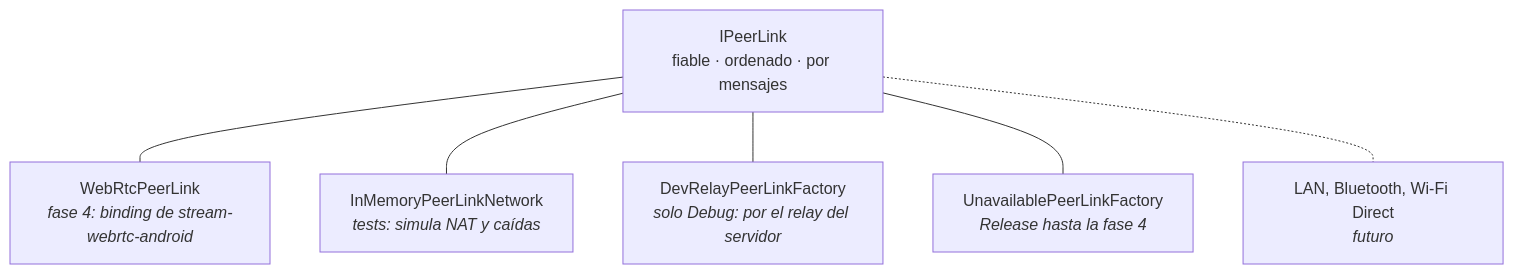
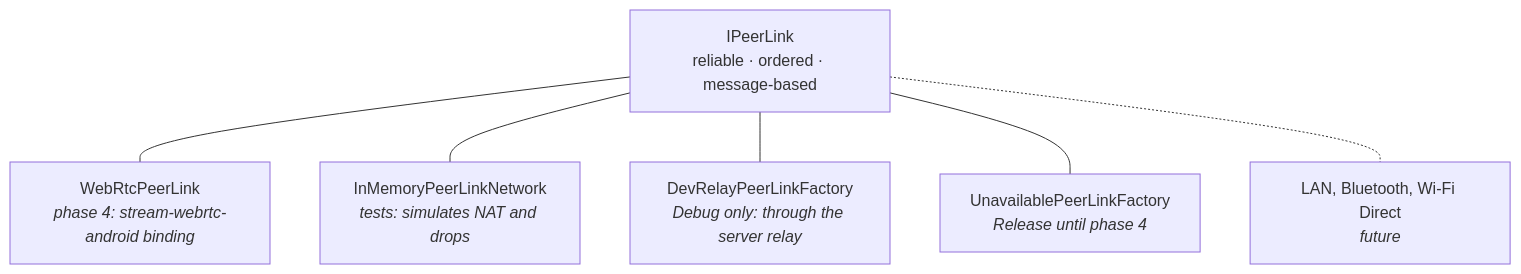
One commit to fsoftt/Murmur changed the fourth of 4 diagrams in website/guide/architecture.md. Above: the diagram before and after it, drawn with Mermaid. The commit also changed other lines of this file and 51 other files, not shown here.

````diff
--- a/website/guide/architecture.md
+++ b/website/guide/architecture.md
@@ -103,9 +108,9 @@
 ```mermaid
 flowchart TB
-    IPL["IPeerLink<br/>fiable · ordenado · por mensajes"]
-    IPL --- W["WebRtcPeerLink<br/><i>fase 4: binding de stream-webrtc-android</i>"]
-    IPL --- M["InMemoryPeerLinkNetwork<br/><i>tests: simula NAT y caídas</i>"]
-    IPL --- D["DevRelayPeerLinkFactory<br/><i>solo Debug: por el relay del servidor</i>"]
-    IPL --- U["UnavailablePeerLinkFactory<br/><i>Release hasta la fase 4</i>"]
-    IPL -.- F["LAN, Bluetooth, Wi-Fi Direct<br/><i>futuro</i>"]
+    IPL["IPeerLink<br/>reliable · ordered · message-based"]
+    IPL --- W["WebRtcPeerLink<br/><i>phase 4: stream-webrtc-android binding</i>"]
+    IPL --- M["InMemoryPeerLinkNetwork<br/><i>tests: simulates NAT and drops</i>"]
+    IPL --- D["DevRelayPeerLinkFactory<br/><i>Debug only: through the server relay</i>"]
+    IPL --- U["UnavailablePeerLinkFactory<br/><i>Release until phase 4</i>"]
+    IPL -.- F["LAN, Bluetooth, Wi-Fi Direct<br/><i>future</i>"]
 ```
````
